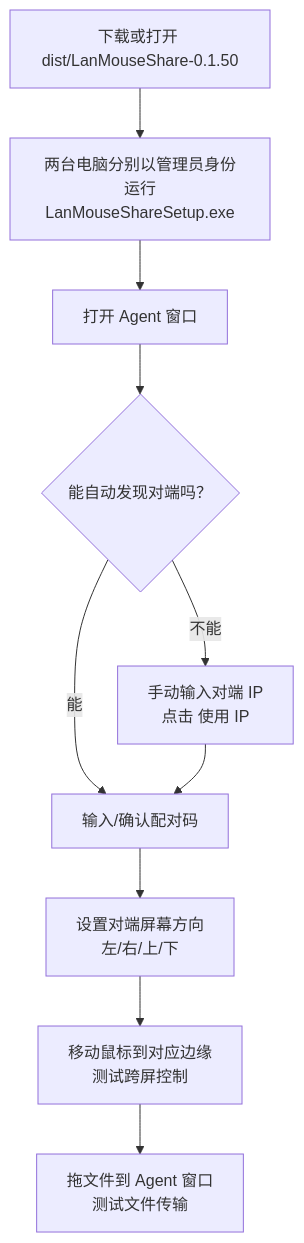
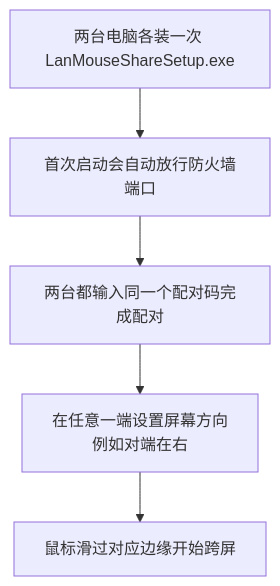
Before and after one commit to yangyangtaoyannic-dotcom/LanMouseShare: the second of 2 diagrams in PROJECT_GUIDE.md, drawn with Mermaid. The commit also changed other lines of this file and 1 other file, not shown here.

````diff
--- a/PROJECT_GUIDE.md
+++ b/PROJECT_GUIDE.md
@@ -48,12 +57,7 @@
 ```mermaid
 flowchart TD
-    S["下载或打开 dist/LanMouseShare-0.1.50"] --> I["两台电脑分别以管理员身份运行<br/>LanMouseShareSetup.exe"]
-    I --> O["打开 Agent 窗口"]
-    O --> D{"能自动发现对端吗？"}
-    D -->|能| P["输入/确认配对码"]
-    D -->|不能| M["手动输入对端 IP<br/>点击 使用 IP"]
-    M --> P
-    P --> L["设置对端屏幕方向<br/>左/右/上/下"]
-    L --> T["移动鼠标到对应边缘<br/>测试跨屏控制"]
-    T --> F["拖文件到 Agent 窗口<br/>测试文件传输"]
+    S["两台电脑各装一次 LanMouseShareSetup.exe"] --> F["首次启动会自动放行防火墙端口"]
+    F --> P["两台都输入同一个配对码完成配对"]
+    P --> D["在任意一端设置屏幕方向<br/>例如对端在右"]
+    D --> U["鼠标滑过对应边缘开始跨屏"]
 ```
````
